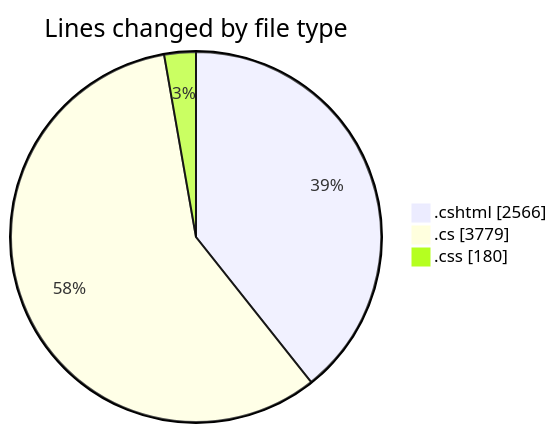
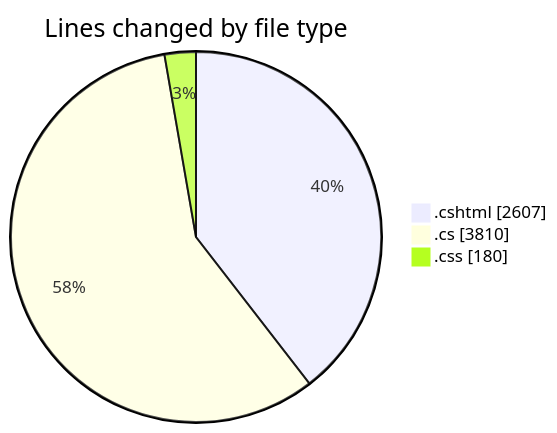
Before and after one commit to lephambinh05/code-tracking: the first of 2 diagrams in 2025-07-17/nhahang/README.md, drawn with Mermaid. The commit also changed other lines of this file and 1 other file, not shown here.

````diff
--- a/2025-07-17/nhahang/README.md
+++ b/2025-07-17/nhahang/README.md
@@ -94,7 +96,7 @@
 ```mermaid
 pie showData
 title Lines changed by file type
-".cshtml" : 2566
-".cs" : 3779
+".cshtml" : 2607
+".cs" : 3810
 ".css" : 180
 ```
````
